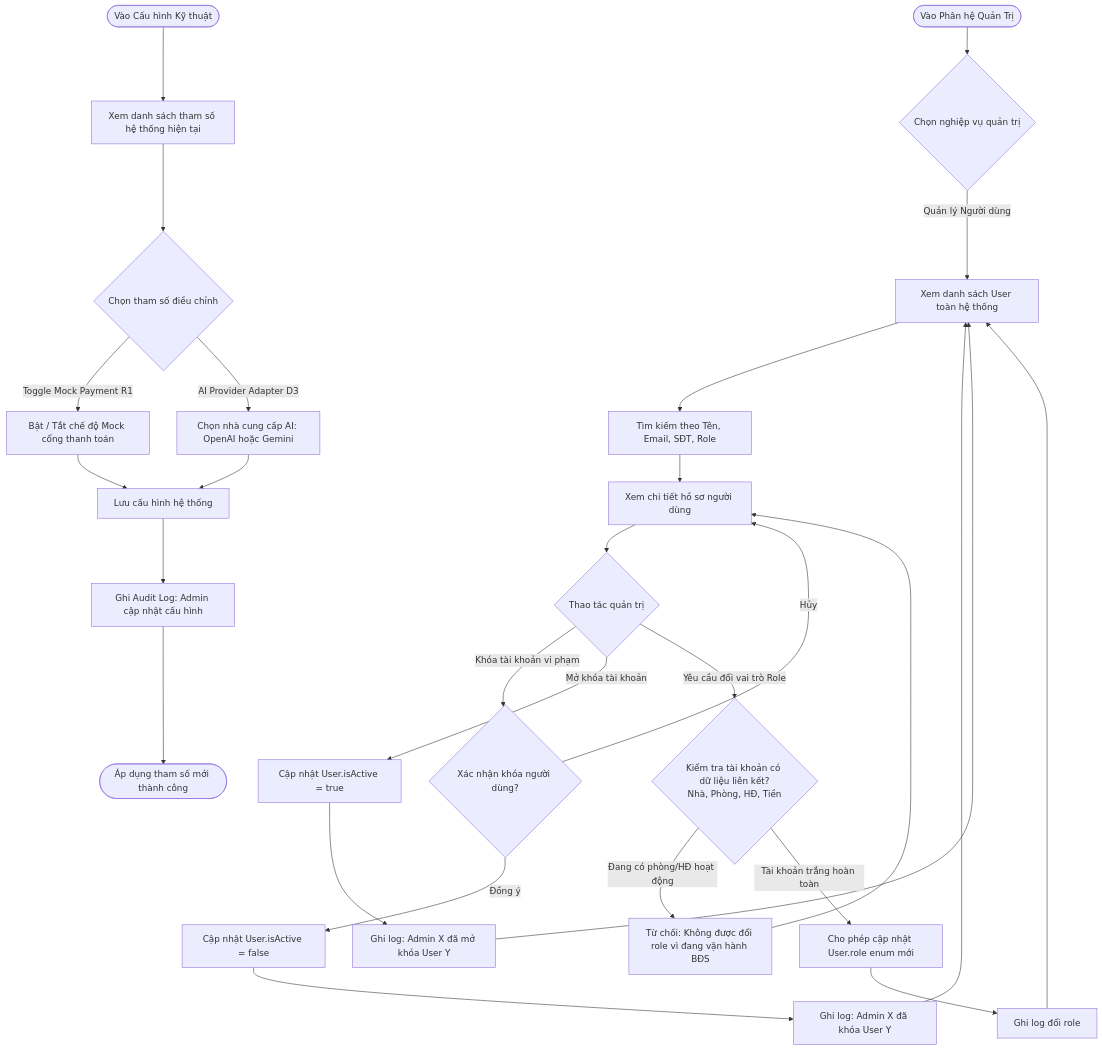
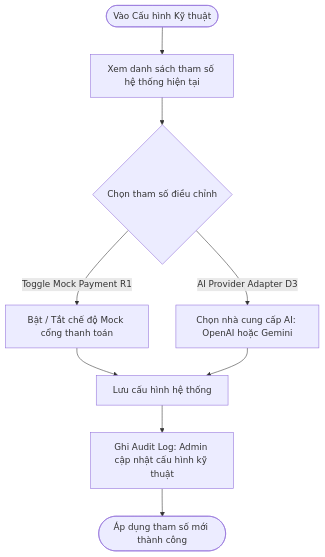
The fifth of 6 diagrams in phase-1/discovery/user_flow/admin_user_flow.md (pbl6-home-renter/docs), drawn with Mermaid before and after one commit. The commit also changed other lines of this file and 3 other files, not shown here.

````diff
--- a/phase-1/discovery/user_flow/admin_user_flow.md
+++ b/phase-1/discovery/user_flow/admin_user_flow.md
@@ -127,30 +169,14 @@
 ```mermaid
 flowchart TD
-    StartMgmt([Vào Phân hệ Quản Trị]) --> SelectTab{Chọn nghiệp vụ quản trị}
     StartConfig([Vào Cấu hình Kỹ thuật]) --> ViewSettings[Xem danh sách tham số hệ thống hiện tại]
     ViewSettings --> ChooseSetting{Chọn tham số điều chỉnh}
     
-    %% Nhánh 1: Quản lý User (Khóa / Mở khóa an toàn)
-    SelectTab -->|Quản lý Người dùng| ListUsers[Xem danh sách User toàn hệ thống]
-    ListUsers --> SearchUser[Tìm kiếm theo Tên, Email, SĐT, Role]
-    SearchUser --> ViewDetail[Xem chi tiết hồ sơ người dùng]
     ChooseSetting -->|Toggle Mock Payment R1| ToggleMock[Bật / Tắt chế độ Mock cổng thanh toán]
     ChooseSetting -->|AI Provider Adapter D3| SwitchAI[Chọn nhà cung cấp AI: OpenAI hoặc Gemini]
     
-    ViewDetail --> UserAction{Thao tác quản trị}
-    UserAction -->|Khóa tài khoản vi phạm| ConfirmLock{Xác nhận khóa người dùng?}
-    ConfirmLock -->|Hủy| ViewDetail
-    ConfirmLock -->|Đồng ý| SetInactive[Cập nhật User.isActive = false]
-    SetInactive --> RecordAudit1[Ghi log: Admin X đã khóa User Y] --> ListUsers
     ToggleMock --> SaveConfig[Lưu cấu hình hệ thống]
     SwitchAI --> SaveConfig
     
-    UserAction -->|Mở khóa tài khoản| SetActive[Cập nhật User.isActive = true]
-    SetActive --> RecordAudit2[Ghi log: Admin X đã mở khóa User Y] --> ListUsers
-    
-    UserAction -->|Yêu cầu đổi vai trò Role| CheckDataIntegrity{Kiểm tra tài khoản có dữ liệu liên kết?<br>Nhà, Phòng, HĐ, Tiền}
-    CheckDataIntegrity -->|Đang có phòng/HĐ hoạt động| RejectRoleChange[Từ chối: Không được đổi role vì đang vận hành BĐS] --> ViewDetail
-    CheckDataIntegrity -->|Tài khoản trắng hoàn toàn| AllowChange[Cho phép cập nhật User.role enum mới] --> RecordAudit3[Ghi log đổi role] --> ListUsers
-    SaveConfig --> WriteConfigAudit[Ghi Audit Log: Admin cập nhật cấu hình]
+    SaveConfig --> WriteConfigAudit[Ghi Audit Log: Admin cập nhật cấu hình kỹ thuật]
     WriteConfigAudit --> EndConfig([Áp dụng tham số mới thành công])
 ```
````
